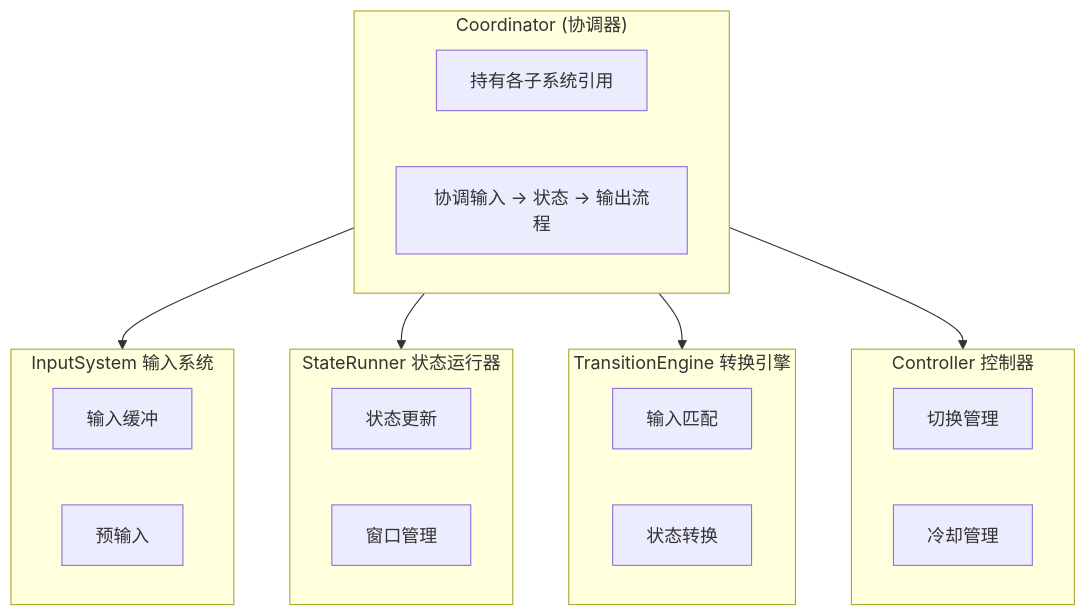
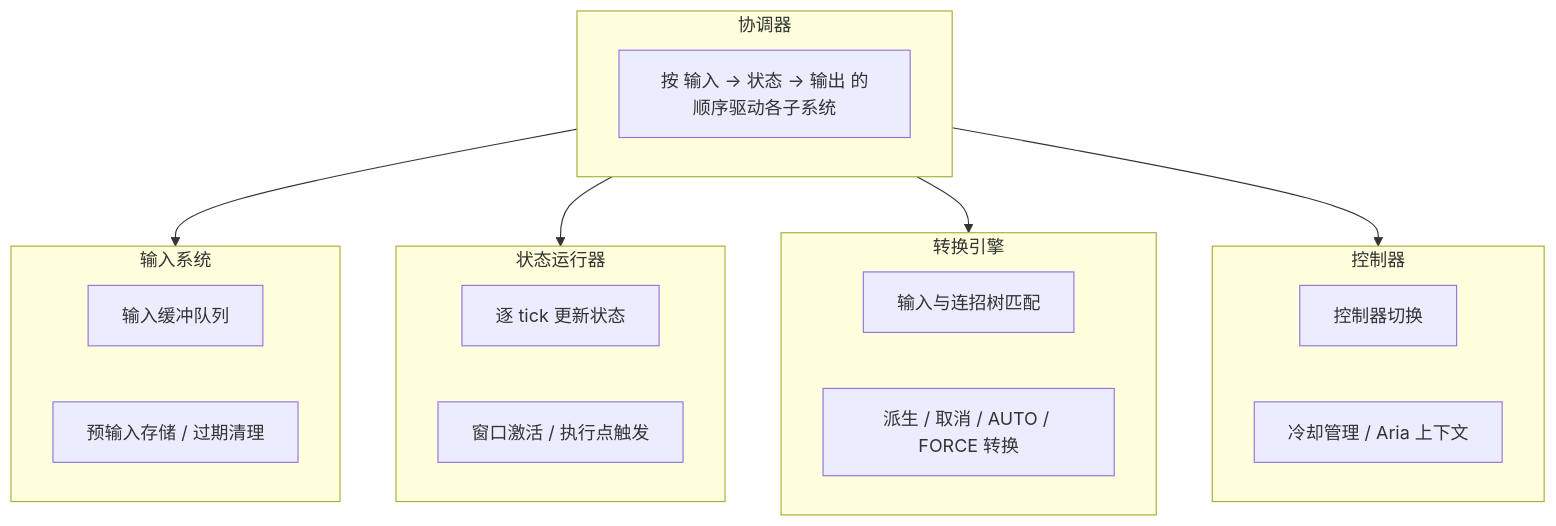
One commit to 17Artist/ArcartX-Wiki changed the second of 4 diagrams in content/docs/chronos/1_start.mdx. Above: the diagram before and after it, drawn with Mermaid. The commit also changed other lines of this file and 26 other files, not shown here.

````diff
--- a/content/docs/chronos/1_start.mdx
+++ b/content/docs/chronos/1_start.mdx
@@ -58,33 +97,28 @@
 ```mermaid
 flowchart TB
-    subgraph Player["Coordinator (协调器)"]
-        direction LR
-        P1["持有各子系统引用"]
-        P2["协调输入 → 状态 → 输出流程"]
+    subgraph Coordinator["协调器"]
+        P["按 输入 → 状态 → 输出 的顺序驱动各子系统"]
     end
-    
-    Player --> InputSystem
-    Player --> StateRunner
-    Player --> TransitionEngine
-    Player --> ControllerSystem
-    
-    subgraph InputSystem["InputSystem 输入系统"]
-        I1["输入缓冲"]
-        I2["预输入"]
+
+    Coordinator --> InputSystem
+    Coordinator --> StateRunner
+    Coordinator --> TransitionEngine
+    Coordinator --> ControllerSystem
+
+    subgraph InputSystem["输入系统"]
+        I1["输入缓冲队列"]
+        I2["预输入存储 / 过期清理"]
     end
-    
-    subgraph StateRunner["StateRunner 状态运行器"]
-        S1["状态更新"]
-        S2["窗口管理"]
+    subgraph StateRunner["状态运行器"]
+        S1["逐 tick 更新状态"]
+        S2["窗口激活 / 执行点触发"]
     end
-    
-    subgraph TransitionEngine["TransitionEngine 转换引擎"]
-        T1["输入匹配"]
-        T2["状态转换"]
+    subgraph TransitionEngine["转换引擎"]
+        T1["输入与连招树匹配"]
+        T2["派生 / 取消 / AUTO / FORCE 转换"]
     end
-    
-    subgraph ControllerSystem["Controller 控制器"]
-        C1["切换管理"]
-        C2["冷却管理"]
+    subgraph ControllerSystem["控制器"]
+        C1["控制器切换"]
+        C2["冷却管理 / Aria 上下文"]
     end
 ```
````
